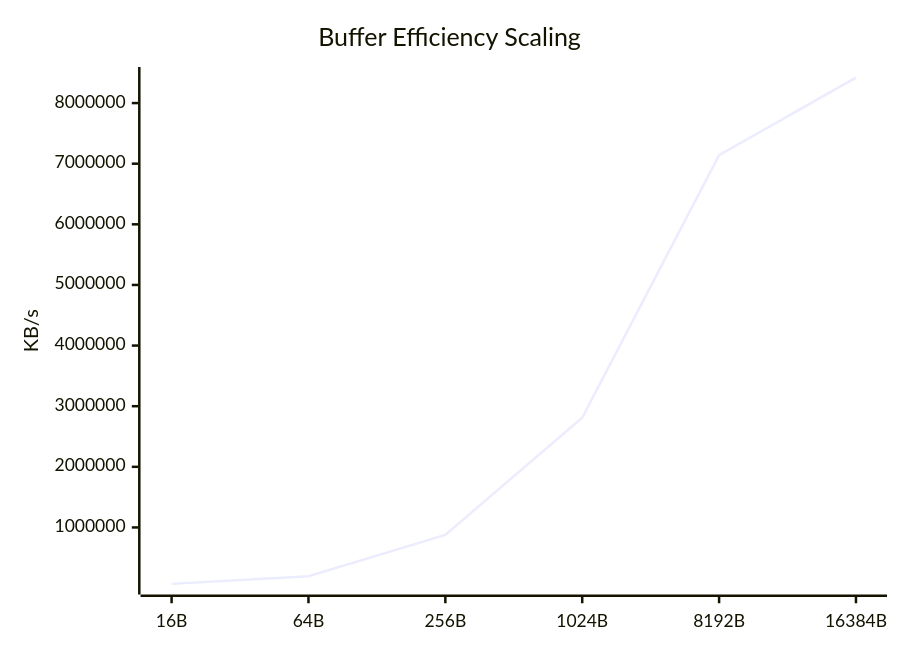
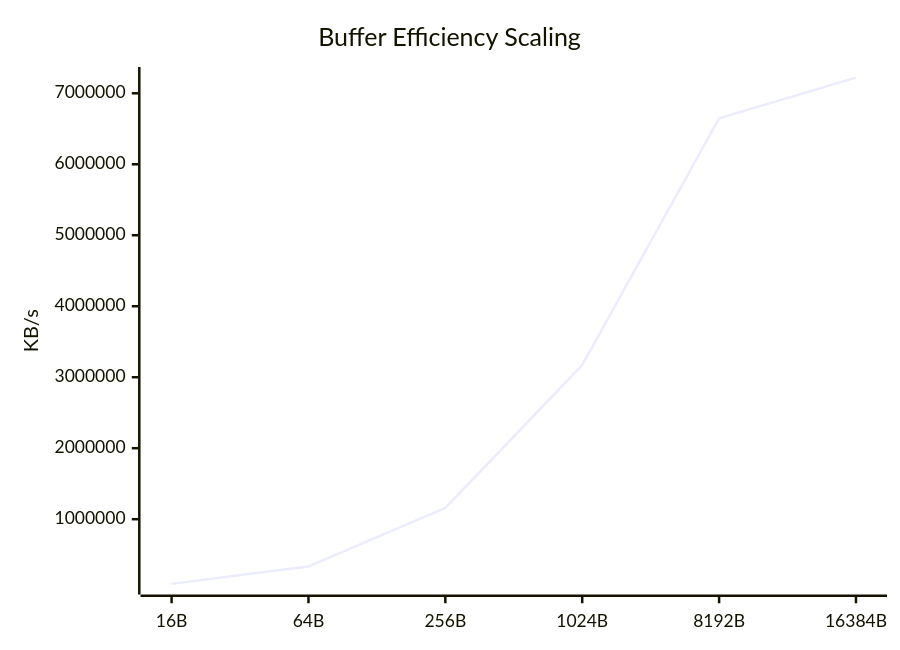
The sixth of 9 diagrams in docs/Comparison_Report.md (taha2samy/openssl_fips), drawn with Mermaid before and after one commit. The commit also changed other lines of this file and 2 other files, not shown here.

````diff
--- a/docs/Comparison_Report.md
+++ b/docs/Comparison_Report.md
@@ -143,7 +102,7 @@
 ```mermaid
 xychart-beta
     title "Buffer Efficiency Scaling"
     x-axis [16B, 64B, 256B, 1024B, 8192B, 16384B]
     y-axis "KB/s"
-    line [69281.46, 194740.12, 877307.05, 2810204.6, 7140162.27, 8419711.96]
+    line [88786.02, 334434.78, 1158283.14, 3171035.65, 6647586.82, 7220674.56]
 ```
````
